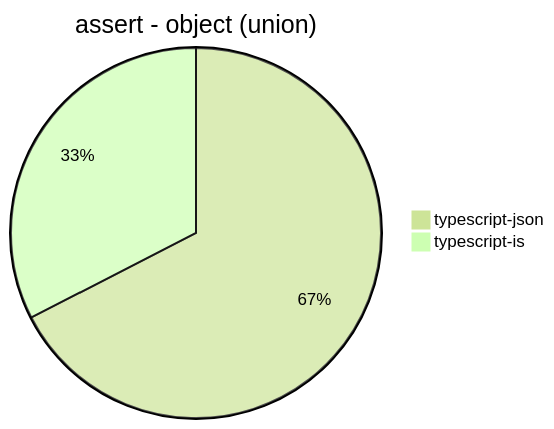
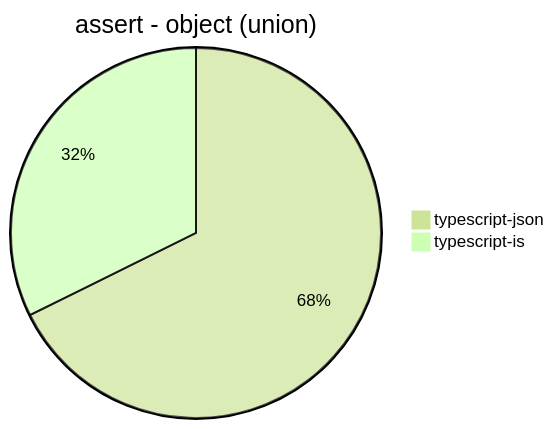
Before and after one commit to samchon/typia: the third of 30 diagrams in benchmark/results/Apple M1.md, drawn with Mermaid (forest theme). The commit also changed other lines of this file, not shown here.

````diff
--- a/benchmark/results/Apple M1.md
+++ b/benchmark/results/Apple M1.md
@@ -31,5 +32,5 @@
 ```mermaid
 pie title assert - object (union)
-  "typescript-json": 5790.7348242811495
-  "typescript-is": 2793.4861717612807
+  "typescript-json": 6168.106551475882
+  "typescript-is": 2943.7661857195712
 ```
````
